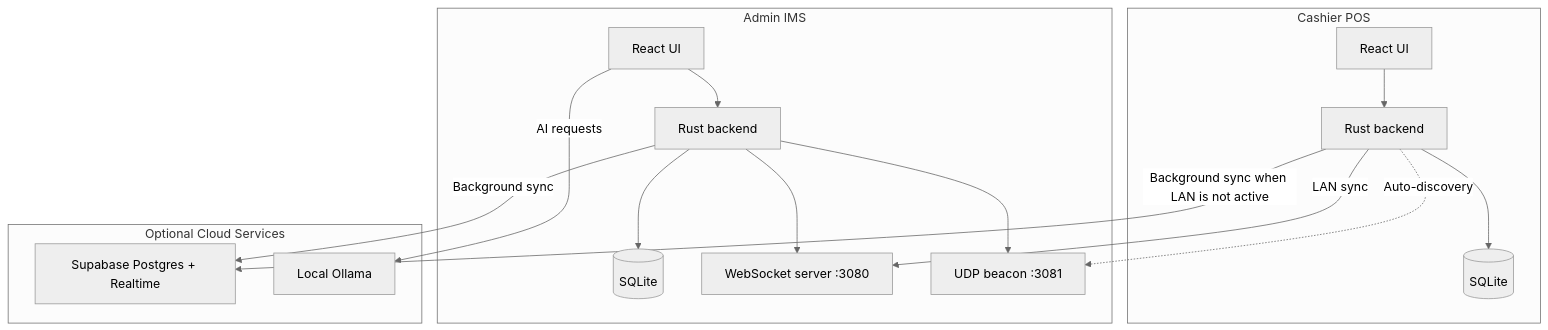
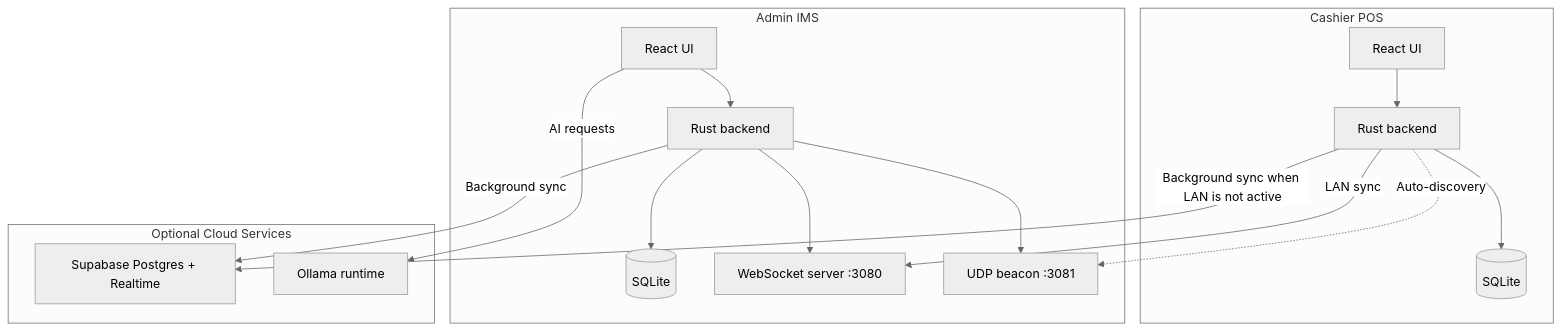
One commit to BootlegYouki/at-iba-pa-pos changed the first of 4 diagrams in docs/02-architecture.md. Above: the diagram before and after it, drawn with Mermaid (neutral theme). The commit also changed other lines of this file and 6 other files, not shown here.

Commit message:
feat: Update README and documentation for Ollama runtime integration and mobile app status

````diff
--- a/docs/02-architecture.md
+++ b/docs/02-architecture.md
@@ -7,33 +7,33 @@
 ```mermaid
 graph TB
     subgraph CashierApp["Cashier POS"]
         CashierUI["React UI"]
         CashierRust["Rust backend"]
         CashierDB[("SQLite")]
         CashierUI --> CashierRust
         CashierRust --> CashierDB
     end
 
     subgraph AdminApp["Admin IMS"]
         AdminUI["React UI"]
         AdminRust["Rust backend"]
         AdminDB[("SQLite")]
         WSServer["WebSocket server :3080"]
         UDPBeacon["UDP beacon :3081"]
         AdminUI --> AdminRust
         AdminRust --> AdminDB
         AdminRust --> WSServer
         AdminRust --> UDPBeacon
     end
 
     subgraph Cloud["Optional Cloud Services"]
         Supabase["Supabase Postgres + Realtime"]
-        Ollama["Local Ollama"]
+        Ollama["Ollama runtime"]
     end
 
     CashierRust -->|"LAN sync"| WSServer
     CashierRust -.->|"Auto-discovery"| UDPBeacon
     AdminRust -->|"Background sync"| Supabase
     CashierRust -->|"Background sync when LAN is not active"| Supabase
     AdminUI -->|"AI requests"| Ollama
 ```
````
